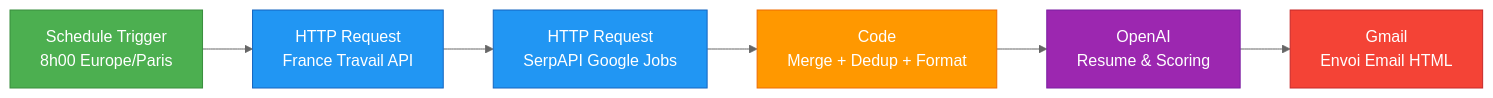
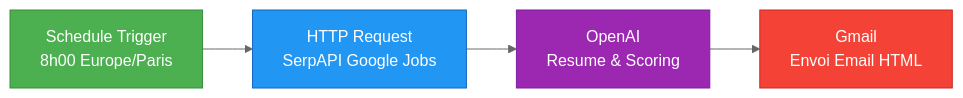
The first of 2 diagrams in PRD.md (Paul-Antoine/job-scraper), drawn with Mermaid (neutral theme) before and after one commit. The commit also changed other lines of this file and 2 other files, not shown here.

````diff
--- a/PRD.md
+++ b/PRD.md
@@ -89,15 +65,11 @@
 ```mermaid
 flowchart LR
-    A["Schedule Trigger\n8h00 Europe/Paris"] --> B["HTTP Request\nFrance Travail API"]
-    B --> C["HTTP Request\nSerpAPI Google Jobs"]
-    C --> D["Code\nMerge + Dedup + Format"]
-    D --> E["OpenAI\nResume & Scoring"]
-    E --> F["Gmail\nEnvoi Email HTML"]
+    A["Schedule Trigger\n8h00 Europe/Paris"] --> B["HTTP Request\nSerpAPI Google Jobs"]
+    B --> C["OpenAI\nResume & Scoring"]
+    C --> D["Gmail\nEnvoi Email HTML"]
 
     style A fill:#4CAF50,color:#fff,stroke:#388E3C
     style B fill:#2196F3,color:#fff,stroke:#1565C0
-    style C fill:#2196F3,color:#fff,stroke:#1565C0
-    style D fill:#FF9800,color:#fff,stroke:#EF6C00
-    style E fill:#9C27B0,color:#fff,stroke:#7B1FA2
-    style F fill:#F44336,color:#fff,stroke:#C62828
+    style C fill:#9C27B0,color:#fff,stroke:#7B1FA2
+    style D fill:#F44336,color:#fff,stroke:#C62828
 ```
````
